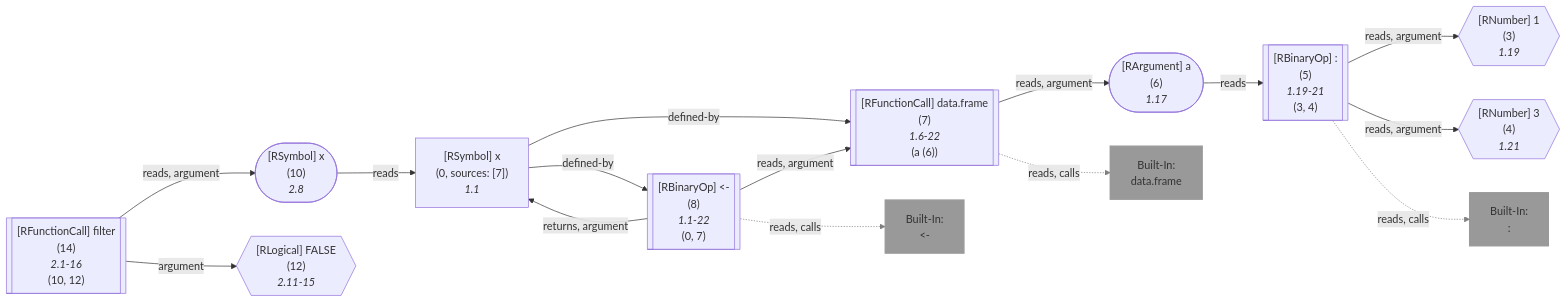
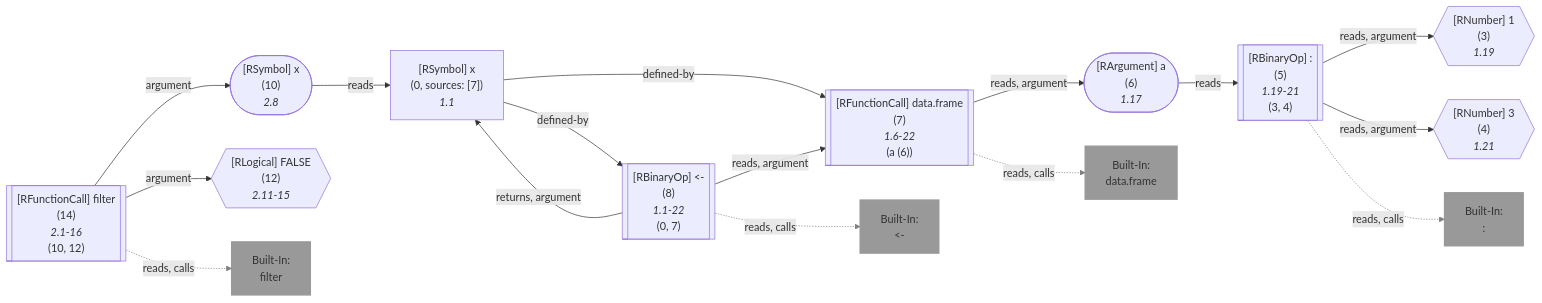
One commit to flowr-analysis/flowr changed the eighth of 21 diagrams in wiki/Query API.md. Above: the diagram before and after it, drawn with Mermaid. The commit also changed other lines of this file and 51 other files, not shown here.

````diff
--- a/wiki/Query API.md
+++ b/wiki/Query API.md
@@ -3433,70 +3434,71 @@
 ```mermaid
 flowchart LR
     3{{"`#91;RNumber#93; 1
       (3)
       *1.19*`"}}
    %% No edges found for 3
     4{{"`#91;RNumber#93; 3
       (4)
       *1.21*`"}}
    %% No edges found for 4
     5[["`#91;RBinaryOp#93; #58;
       (5)
       *1.19-21*
     (3, 4)`"]]
     built-in::["`Built-In:
 #58;`"]
     style built-in:: stroke:gray,fill:gray,stroke-width:2px,opacity:.8;
     6(["`#91;RArgument#93; a
       (6)
       *1.17*`"])
     7[["`#91;RFunctionCall#93; data.frame
       (7)
       *1.6-22*
     (a (6))`"]]
     built-in:data_frame["`Built-In:
 data.frame`"]
     style built-in:data_frame stroke:gray,fill:gray,stroke-width:2px,opacity:.8;
     0["`#91;RSymbol#93; x
       (0, sources: [7])
       *1.1*`"]
     8[["`#91;RBinaryOp#93; #60;#45;
       (8)
       *1.1-22*
     (0, 7)`"]]
     built-in:_-["`Built-In:
 #60;#45;`"]
     style built-in:_- stroke:gray,fill:gray,stroke-width:2px,opacity:.8;
     10(["`#91;RSymbol#93; x
       (10)
       *2.8*`"])
     12{{"`#91;RLogical#93; FALSE
       (12)
       *2.11-15*`"}}
    %% No edges found for 12
-    %% Environment of 14 [level: 0]:
-    %% Built-in
-    %% 773----------------------------------------
-    %%   x: {**x** (id: 0, type: Unknown, def. @8)}
     14[["`#91;RFunctionCall#93; filter
       (14)
       *2.1-16*
     (10, 12)`"]]
+    built-in:filter["`Built-In:
+filter`"]
+    style built-in:filter stroke:gray,fill:gray,stroke-width:2px,opacity:.8;
     5 -->|"reads, argument"| 3
     5 -->|"reads, argument"| 4
     5 -.->|"reads, calls"| built-in::
     linkStyle 2 stroke:gray;
     6 -->|"reads"| 5
     7 -->|"reads, argument"| 6
     7 -.->|"reads, calls"| built-in:data_frame
     linkStyle 5 stroke:gray;
     0 -->|"defined-by"| 7
     0 -->|"defined-by"| 8
     8 -->|"reads, argument"| 7
     8 -->|"returns, argument"| 0
     8 -.->|"reads, calls"| built-in:_-
     linkStyle 10 stroke:gray;
     10 -->|"reads"| 0
-    14 -->|"reads, argument"| 10
+    14 -->|"argument"| 10
     14 -->|"argument"| 12
+    14 -.->|"reads, calls"| built-in:filter
+    linkStyle 14 stroke:gray;
 ```
````
